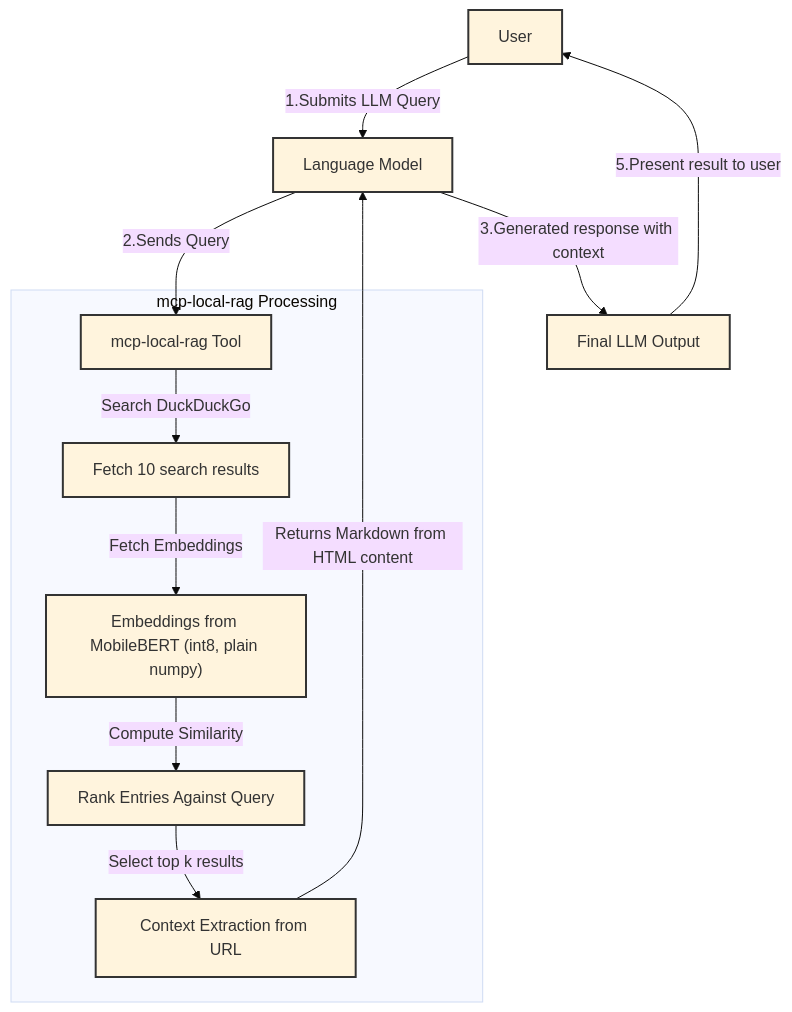
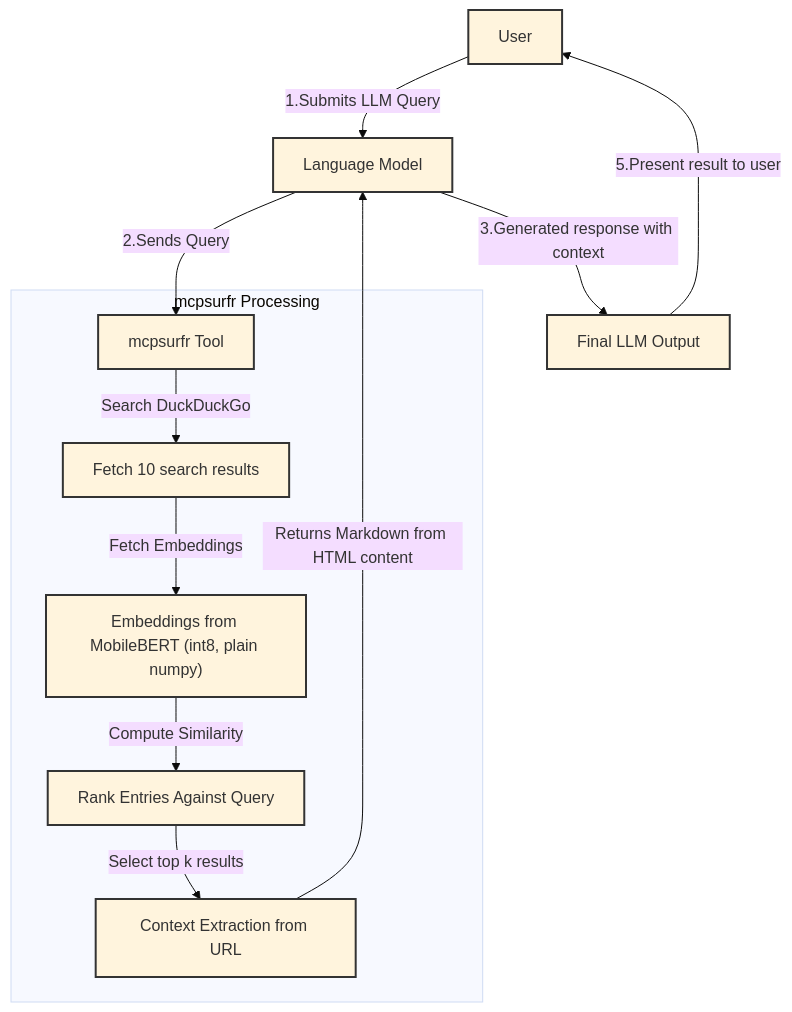
The diagram in README.md (nkapila6/mcp-local-rag), drawn with Mermaid before and after one commit. The commit also changed other lines of this file and 18 other files, not shown here.

````diff
--- a/README.md
+++ b/README.md
@@ -29,26 +29,26 @@
 ```mermaid
 %%{init: {'theme': 'base'}}%%
 flowchart TD
     A[User] -->|1.Submits LLM Query| B[Language Model]
-    B -->|2.Sends Query| C[mcp-local-rag Tool]
+    B -->|2.Sends Query| C[mcpsurfr Tool]
     
-    subgraph mcp-local-rag Processing
+    subgraph mcpsurfr Processing
     C -->|Search DuckDuckGo| D[Fetch 10 search results]
     D -->|Fetch Embeddings| E["Embeddings from MobileBERT (int8, plain numpy)"]
     E -->|Compute Similarity| F[Rank Entries Against Query]
     F -->|Select top k results| G[Context Extraction from URL]
     end
     
     G -->|Returns Markdown from HTML content| B
     B -->|3.Generated response with context| H[Final LLM Output]
     H -->|5.Present result to user| A
 
     classDef default stroke:#333,stroke-width:2px;
     classDef process stroke:#333,stroke-width:2px;
     classDef input stroke:#333,stroke-width:2px;
     classDef output stroke:#333,stroke-width:2px;
 
     class A input;
     class B,C process;
     class G output;
 ```
````
